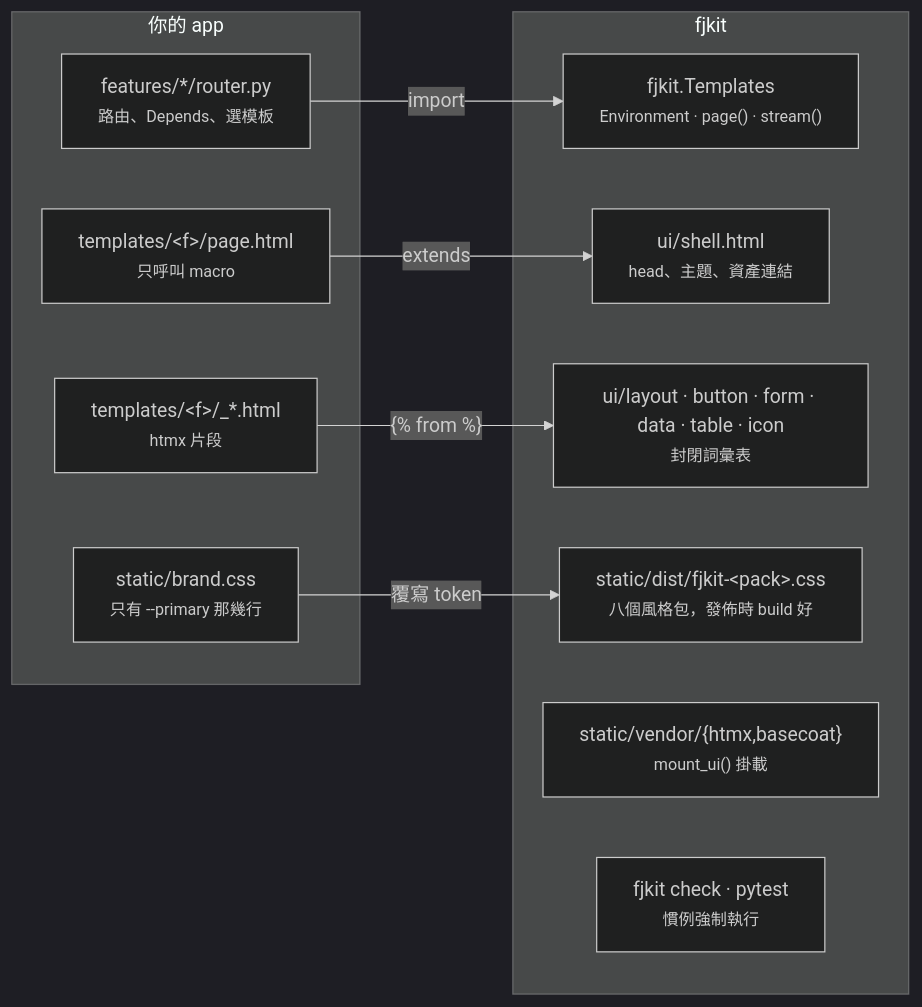
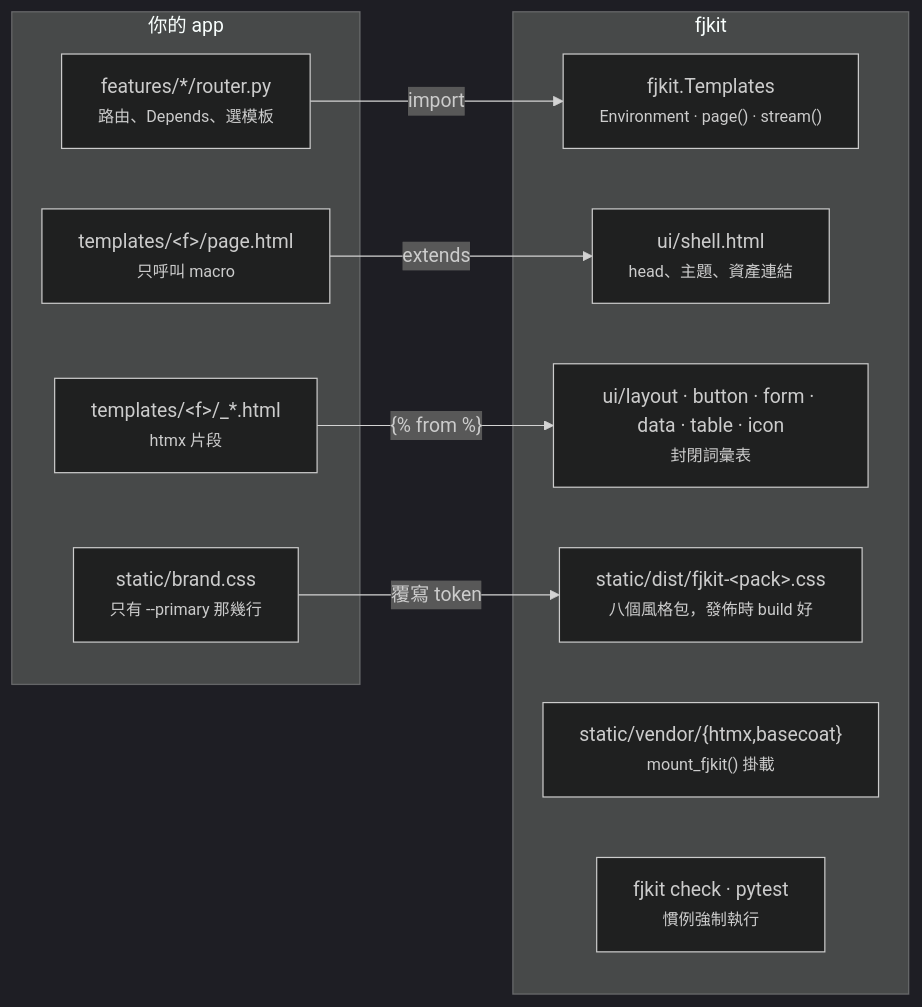
The first of 5 diagrams in docs/architecture.md (liweicheng00/fjkit), drawn with Mermaid (dark theme) before and after one commit. The commit also changed 37 other files, not shown here.

First line of the commit message:
refactor!: mount_fjkit(app, config) folds the two-step startup into one

````diff
--- a/docs/architecture.md
+++ b/docs/architecture.md
@@ -11,23 +11,23 @@
 ```mermaid
 flowchart LR
   subgraph you["你的 app"]
     R["features/*/router.py<br/><small>路由、Depends、選模板</small>"]
     P["templates/&lt;f&gt;/page.html<br/><small>只呼叫 macro</small>"]
     T["templates/&lt;f&gt;/_*.html<br/><small>htmx 片段</small>"]
     B["static/brand.css<br/><small>只有 --primary 那幾行</small>"]
   end
 
   subgraph kit["fjkit"]
     K1["fjkit.Templates<br/><small>Environment · page() · stream()</small>"]
     K2["ui/shell.html<br/><small>head、主題、資產連結</small>"]
     K3["ui/layout · button · form · data · table · icon<br/><small>封閉詞彙表</small>"]
     K4["static/dist/fjkit-&lt;pack&gt;.css<br/><small>八個風格包，發佈時 build 好</small>"]
-    K5["static/vendor/{htmx,basecoat}<br/><small>mount_ui() 掛載</small>"]
+    K5["static/vendor/{htmx,basecoat}<br/><small>mount_fjkit() 掛載</small>"]
     K6["fjkit check · pytest<br/><small>慣例強制執行</small>"]
   end
 
   R -->|import| K1
   P -->|extends| K2
   T -->|"{% from %}"| K3
   B -->|覆寫 token| K4
 ```
````
